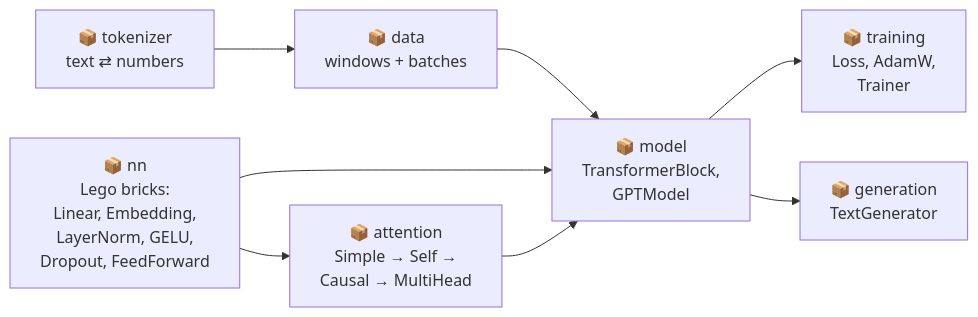
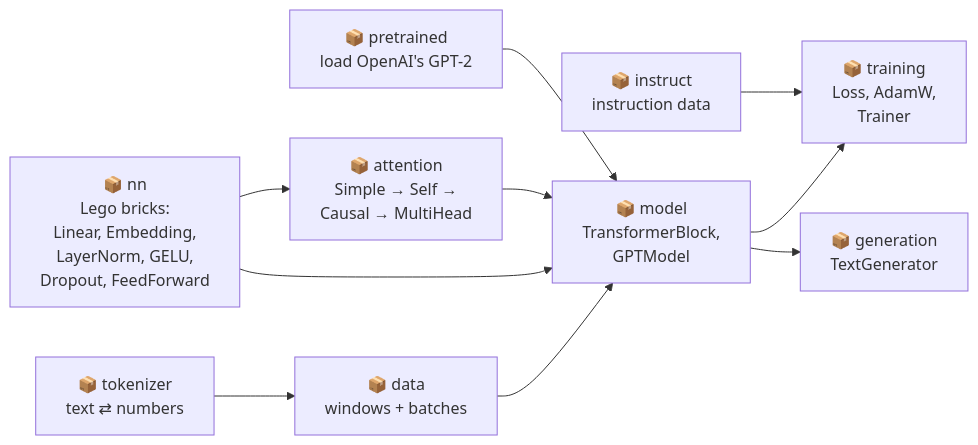
The third of 3 diagrams in README.md (Ranjeet0611/tinygpt), drawn with Mermaid before and after one commit. The commit also changed other lines of this file and 40 other files, not shown here.

````diff
--- a/README.md
+++ b/README.md
@@ -137,10 +143,12 @@
 ```mermaid
 flowchart LR
     tokenizer["📦 tokenizer<br/>text ⇄ numbers"] --> data["📦 data<br/>windows + batches"]
     data --> model
     nn["📦 nn<br/>Lego bricks:<br/>Linear, Embedding,<br/>LayerNorm, GELU,<br/>Dropout, FeedForward"] --> attention["📦 attention<br/>Simple → Self →<br/>Causal → MultiHead"]
     nn --> model["📦 model<br/>TransformerBlock,<br/>GPTModel"]
     attention --> model
     model --> training["📦 training<br/>Loss, AdamW,<br/>Trainer"]
     model --> generation["📦 generation<br/>TextGenerator"]
+    pretrained["📦 pretrained<br/>load OpenAI's GPT-2"] --> model
+    instruct["📦 instruct<br/>instruction data"] --> training
 ```
````
